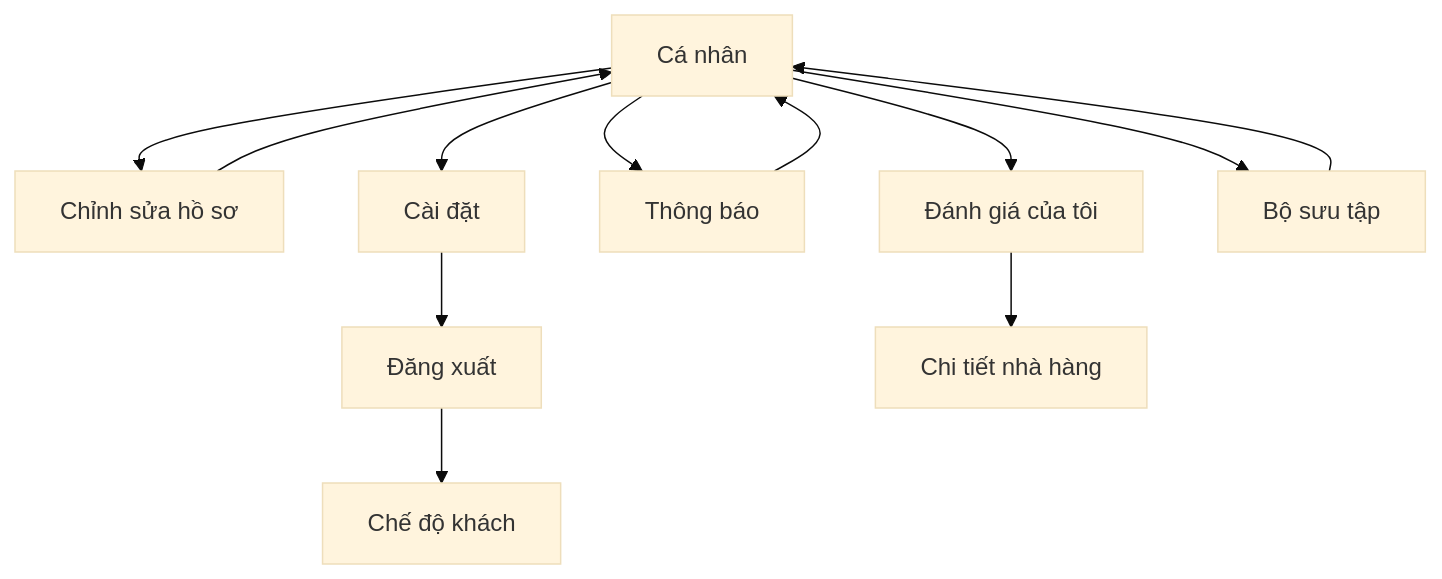
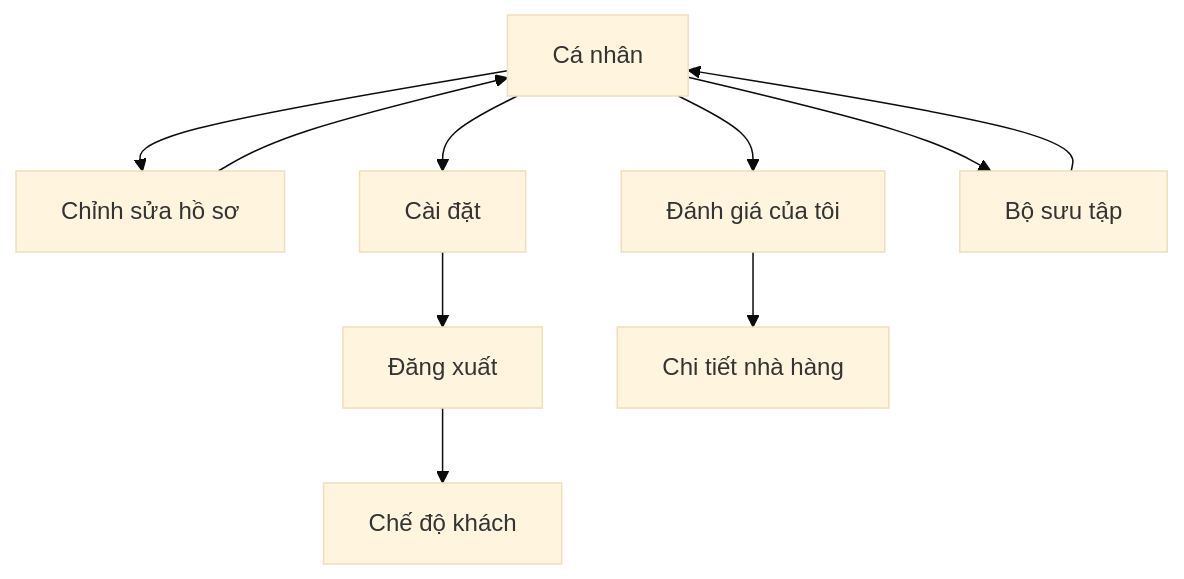
One commit to TaiMinh2002/food_review_application changed the fifth of 7 diagrams in docs/food_review_luong_hoat_dong_routing.md. Above: the diagram before and after it, drawn with Mermaid (base theme). The commit also changed other lines of this file and 53 other files, not shown here.

````diff
--- a/docs/food_review_luong_hoat_dong_routing.md
+++ b/docs/food_review_luong_hoat_dong_routing.md
@@ -179,14 +179,12 @@
 ```mermaid
 flowchart TD
     P["Cá nhân"] --> EP["Chỉnh sửa hồ sơ"]
     P --> MR["Đánh giá của tôi"]
-    P --> N["Thông báo"]
     P --> ST["Cài đặt"]
     P --> COL["Bộ sưu tập"]
     ST --> LOGOUT["Đăng xuất"]
     LOGOUT --> G["Chế độ khách"]
     EP --> P
     MR --> D["Chi tiết nhà hàng"]
-    N --> P
     COL --> P
 ```
````
